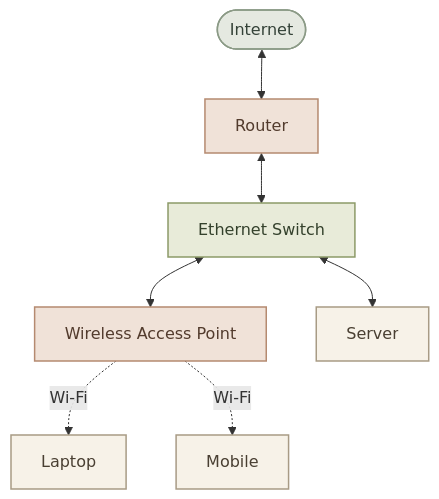
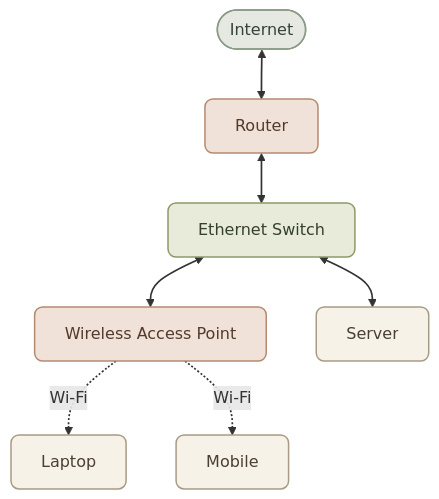
Before and after one commit to mustafammasoud/ops-handbook: the fifth of 5 diagrams in content/networking/network-devices.mdx, drawn with Mermaid. The commit also changed other lines of this file and 7 other files, not shown here.

````diff
--- a/content/networking/network-devices.mdx
+++ b/content/networking/network-devices.mdx
@@ -199,19 +203,20 @@
 ```mermaid
 flowchart TD
     Internet(["Internet"]) <--> R["Router"]
     R <--> S["Ethernet Switch"]
     S <--> AP["Wireless Access Point"]
     AP -. "Wi-Fi" .-> L[" Laptop"]
     AP -. "Wi-Fi" .-> M[" Mobile"]
     S <--> Server[" Server"]
 
-    classDef internet fill:#E5E9E1,stroke:#8B9A86,color:#344238,stroke-width:1.5px
-    classDef router fill:#F0E2D8,stroke:#B58A70,color:#523B2D,stroke-width:1.5px
-    classDef switch fill:#E8EBD9,stroke:#8C9A68,color:#34412C,stroke-width:1.5px
-    classDef device fill:#F7F2E8,stroke:#A89B85,color:#493F32,stroke-width:1.5px
+    classDef internet fill:#E5E9E1,stroke:#8B9A86,color:#344238,stroke-width:1.5px,rx:8,ry:8
+    classDef router fill:#F0E2D8,stroke:#B58A70,color:#523B2D,stroke-width:1.5px,rx:8,ry:8
+    classDef switch fill:#E8EBD9,stroke:#8C9A68,color:#34412C,stroke-width:1.5px,rx:8,ry:8
+    classDef device fill:#F7F2E8,stroke:#A89B85,color:#493F32,stroke-width:1.5px,rx:8,ry:8
 
     class Internet internet
     class R,AP router
     class S switch
     class L,M,Server device
+    linkStyle default stroke-width:1.7px
 ```
````
